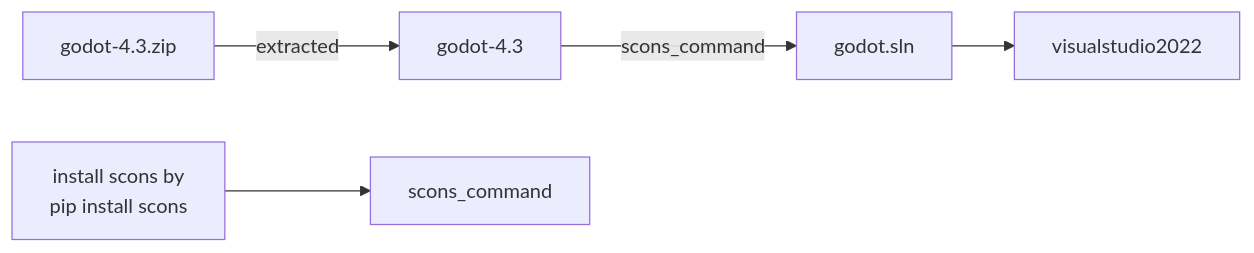
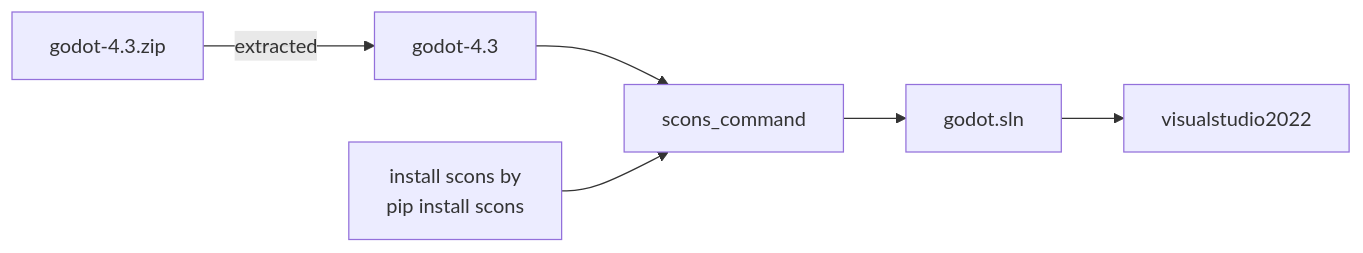
The diagram in README.md (jamad/Pixelorama), drawn with Mermaid before and after one commit.

````diff
--- a/README.md
+++ b/README.md
@@ -31,8 +31,8 @@
 ```mermaid
 
 graph LR
 
-godot-4.3.zip -- extracted --> godot-4.3 -- scons_command -->  godot.sln --> visualstudio2022 
+godot-4.3.zip -- extracted --> godot-4.3 --> scons_command -->  godot.sln --> visualstudio2022 
 scons["install scons by <br>pip install scons"] --> scons_command
 
 ```
````
